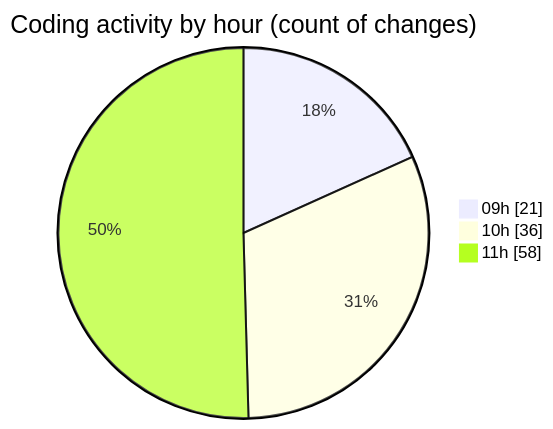
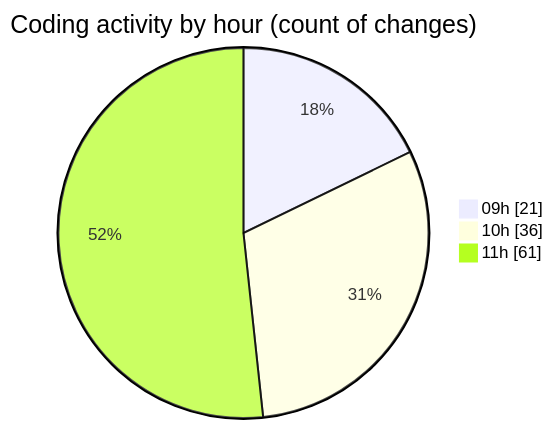
Before and after one commit to momahboobian/code-tracking: the second of 2 diagrams in 2025-09-09/cda/README.md, drawn with Mermaid. The commit also changed other lines of this file and 1 other file, not shown here.

````diff
--- a/2025-09-09/cda/README.md
+++ b/2025-09-09/cda/README.md
@@ -104,7 +104,7 @@
 ```mermaid
 pie showData
 title Coding activity by hour (count of changes)
 "09h" : 21
 "10h" : 36
-"11h" : 58
+"11h" : 61
 ```
````
